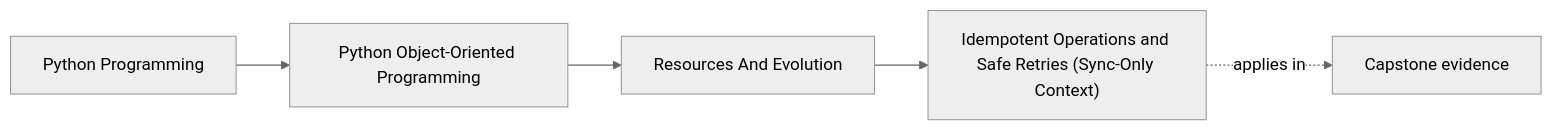
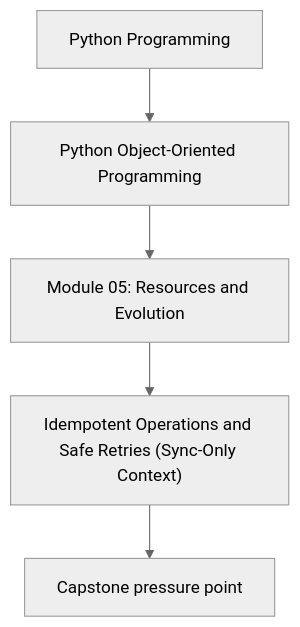
Before and after one commit to bijux/bijux-masterclass: the first of 2 diagrams in programs/python-programming/python-object-oriented-programming/course-book/module-05-resources-and-evolution/idempotent-operations-and-safe-retries.md, drawn with Mermaid (neutral theme). The commit also changed other lines of this file and 107 other files, not shown here.

Commit message:
docs(python-object-oriented-programming): align concept page diagrams

````diff
--- a/programs/python-programming/python-object-oriented-programming/course-book/module-05-resources-and-evolution/idempotent-operations-and-safe-retries.md
+++ b/programs/python-programming/python-object-oriented-programming/course-book/module-05-resources-and-evolution/idempotent-operations-and-safe-retries.md
@@ -7,11 +7,7 @@
 ```mermaid
-graph LR
-  family["Python Programming"]
-  program["Python Object-Oriented Programming"]
-  section["Resources And Evolution"]
-  page["Idempotent Operations and Safe Retries (Sync-Only Context)"]
-  capstone["Capstone evidence"]
-
-  family --> program --> section --> page
-  page -.applies in.-> capstone
+flowchart TD
+  family["Python Programming"] --> program["Python Object-Oriented Programming"]
+  program --> module["Module 05: Resources and Evolution"]
+  module --> concept["Idempotent Operations and Safe Retries (Sync-Only Context)"]
+  concept --> capstone["Capstone pressure point"]
 ```
````
